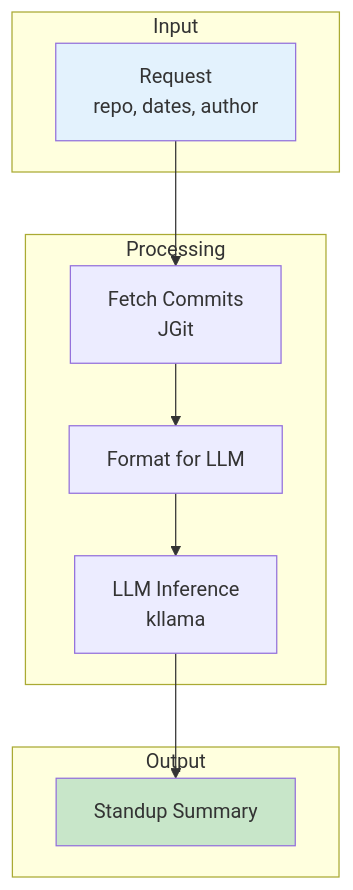
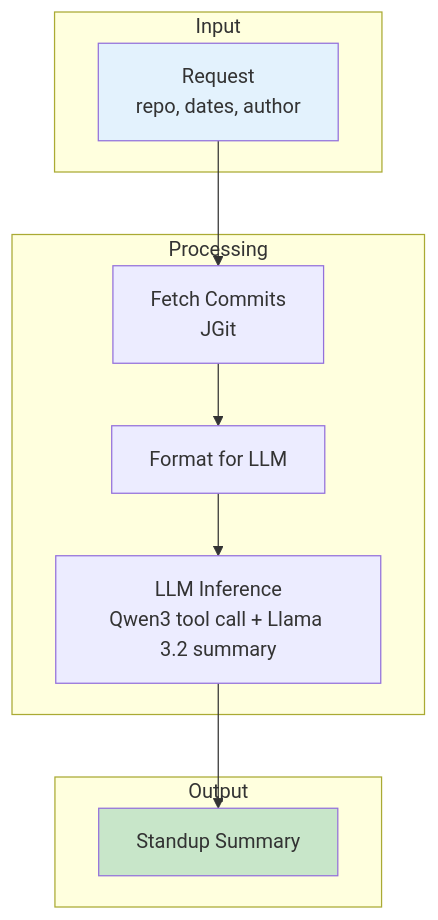
One commit to michalharakal/Daily-StandAPP changed the third of 3 diagrams in docs/modules/architecture/pages/03-context-scope.adoc. Above: the diagram before and after it, drawn with Mermaid. The commit also changed other lines of this file and 38 other files, not shown here.

```diff
--- a/docs/modules/architecture/pages/03-context-scope.adoc
+++ b/docs/modules/architecture/pages/03-context-scope.adoc
@@ -156,25 +156,25 @@
 [mermaid]
 ----
 flowchart TD
     subgraph "Input"
         REQ[Request<br/>repo, dates, author]
     end
 
     subgraph "Processing"
         FETCH[Fetch Commits<br/>JGit]
         FORMAT[Format for LLM]
-        INFER[LLM Inference<br/>kllama]
+        INFER[LLM Inference<br/>Qwen3 tool call + Llama 3.2 summary]
     end
 
     subgraph "Output"
         SUMMARY[Standup Summary]
     end
 
     REQ --> FETCH
     FETCH --> FORMAT
     FORMAT --> INFER
     INFER --> SUMMARY
 
     style REQ fill:#e3f2fd
     style SUMMARY fill:#c8e6c9
 ----
```
